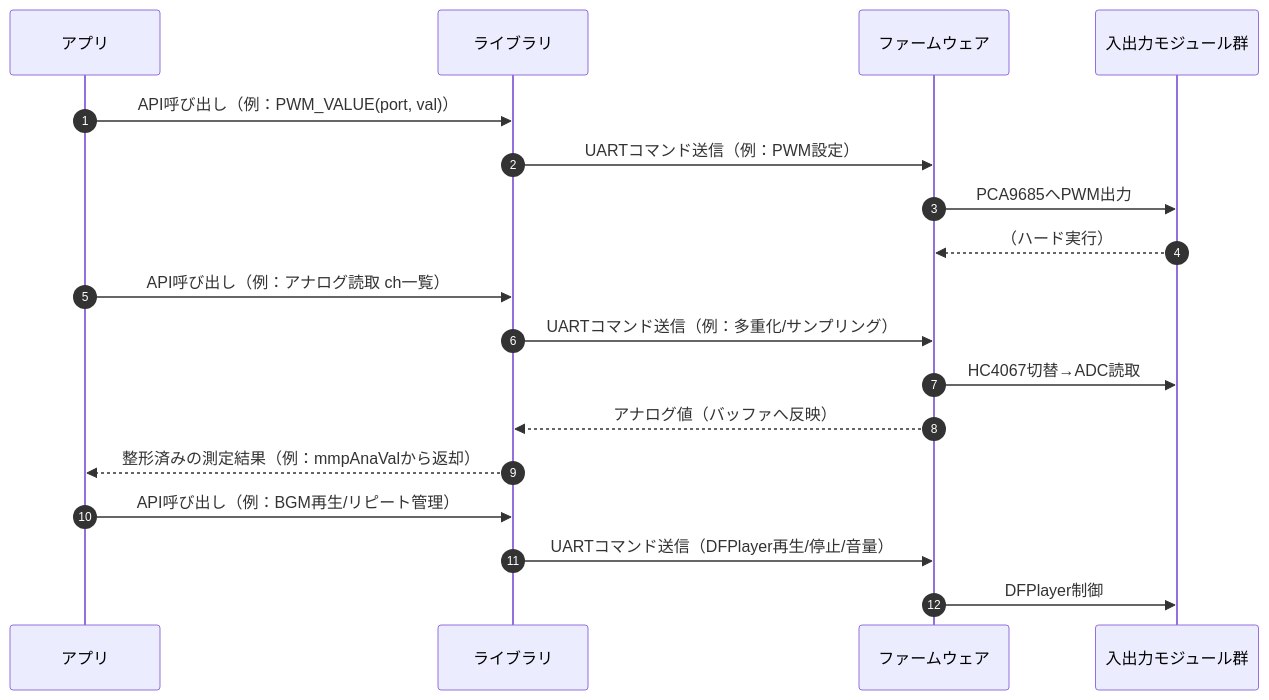
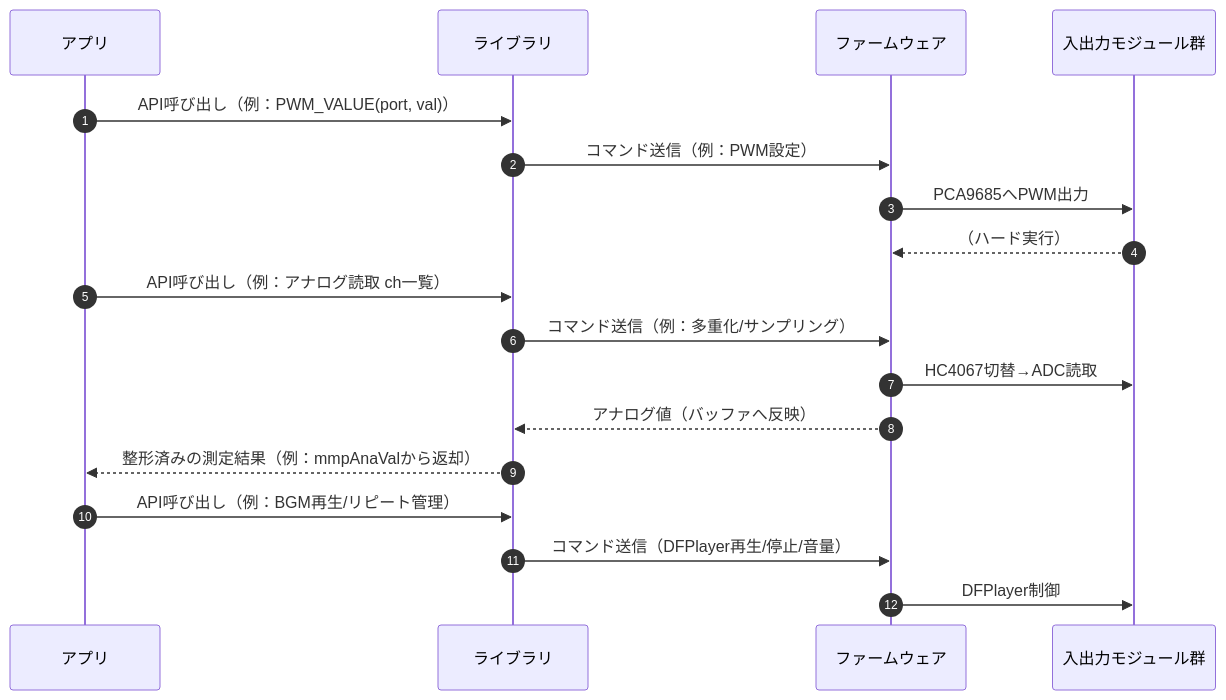
The diagram in README/3-4_ファームウェア・ライブラリ.md (kureha001/MMP), drawn with Mermaid before and after one commit. The commit also changed other lines of this file and 25 other files, not shown here.

````diff
--- a/README/3-4_ファームウェア・ライブラリ.md
+++ b/README/3-4_ファームウェア・ライブラリ.md
@@ -47,23 +49,23 @@
 ```mermaid
 sequenceDiagram
     autonumber
     participant App as アプリ
     participant MW as ライブラリ
     participant FW as ファームウェア
     participant DEV as 入出力モジュール群
 
     App->>MW: API呼び出し（例：PWM_VALUE(port, val)）
-    MW->>FW: UARTコマンド送信（例：PWM設定）
+    MW->>FW: コマンド送信（例：PWM設定）
     FW->>DEV: PCA9685へPWM出力
     DEV-->>FW: （ハード実行）
 
     App->>MW: API呼び出し（例：アナログ読取 ch一覧）
-    MW->>FW: UARTコマンド送信（例：多重化/サンプリング）
+    MW->>FW: コマンド送信（例：多重化/サンプリング）
     FW->>DEV: HC4067切替→ADC読取
     FW-->>MW: アナログ値（バッファへ反映）
     MW-->>App: 整形済みの測定結果（例：mmpAnaValから返却）
 
     App->>MW: API呼び出し（例：BGM再生/リピート管理）
-    MW->>FW: UARTコマンド送信（DFPlayer再生/停止/音量）
+    MW->>FW: コマンド送信（DFPlayer再生/停止/音量）
     FW->>DEV: DFPlayer制御
 ```
````
